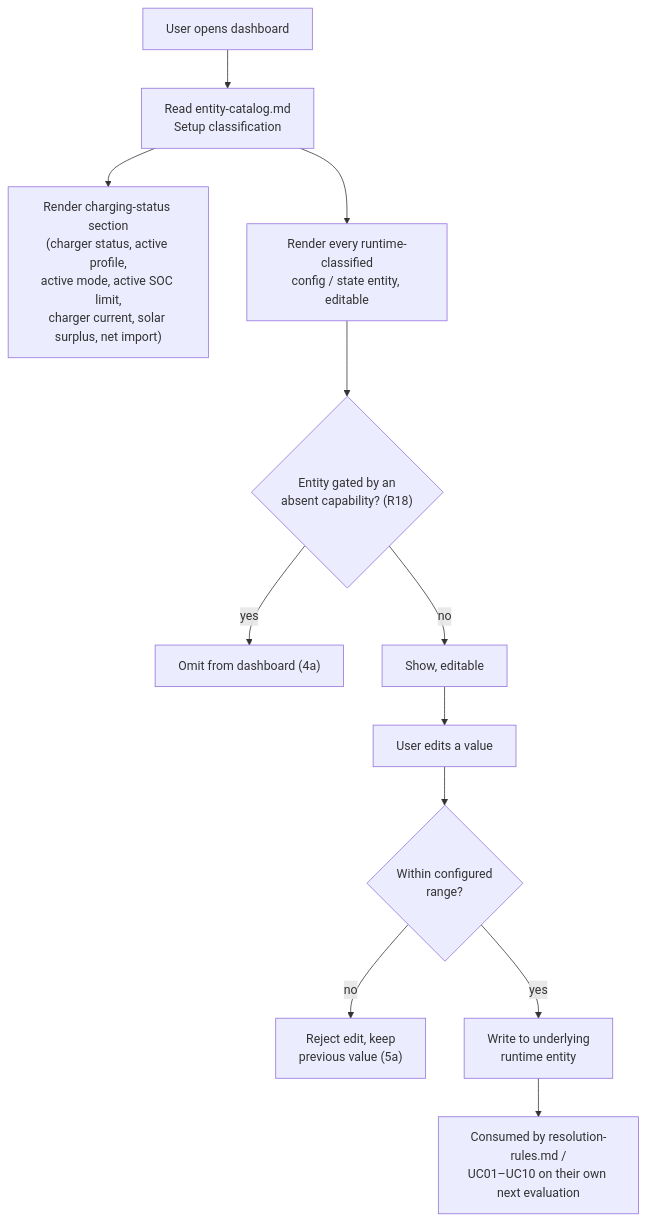
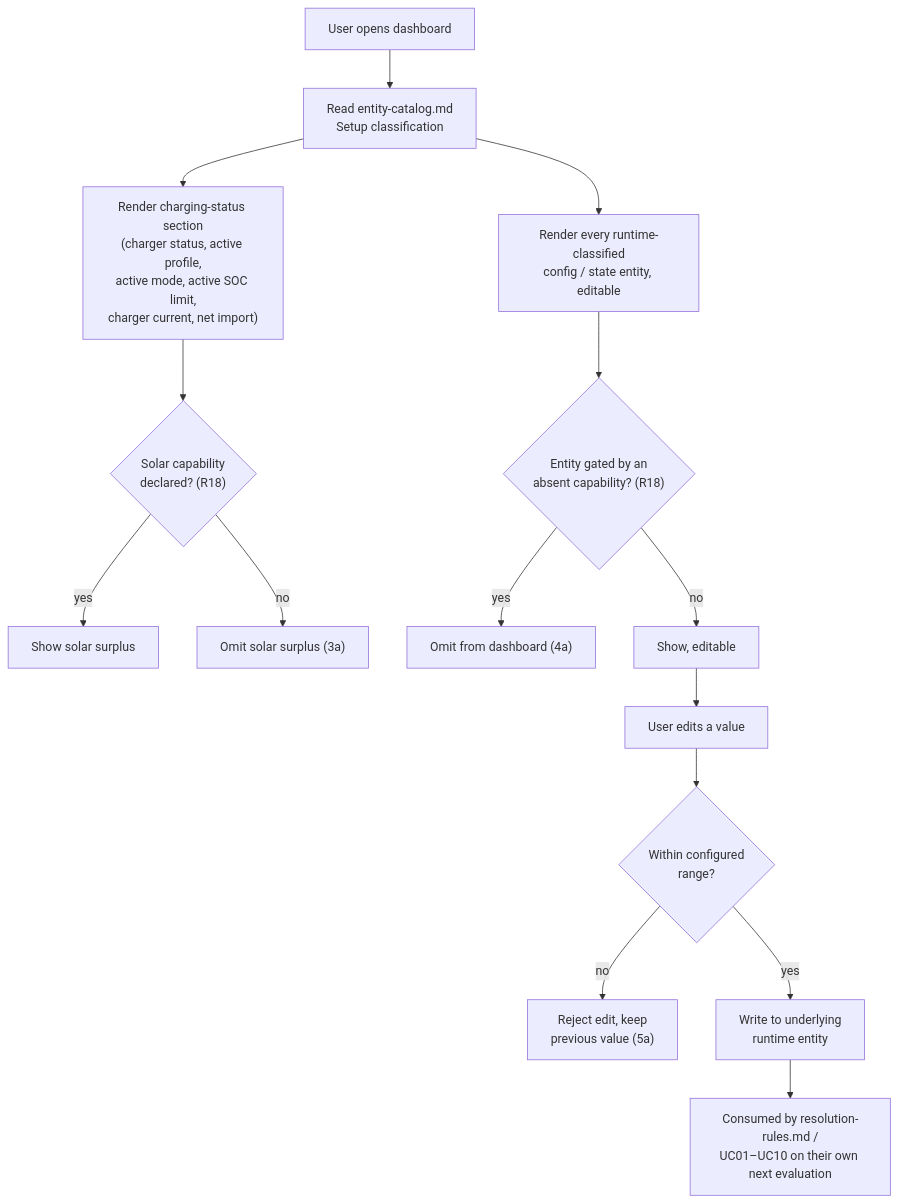
Before and after one commit to kristofdegrave/homeassistant-smart-charging: the diagram in docs/analysis/use-cases/UC11-monitor-and-manage-charging-configuration.md, drawn with Mermaid. The commit also changed other lines of this file and 2 other files, not shown here.

First line of the commit message:
docs: address analysis-reviewer findings on the solar-reserve reclassification

````diff
--- a/docs/analysis/use-cases/UC11-monitor-and-manage-charging-configuration.md
+++ b/docs/analysis/use-cases/UC11-monitor-and-manage-charging-configuration.md
@@ -133,14 +141,17 @@
 ```mermaid
 flowchart TD
     Open["User opens dashboard"] --> Catalog["Read entity-catalog.md<br/>Setup classification"]
-    Catalog --> Status["Render charging-status section<br/>(charger status, active profile,<br/>active mode, active SOC limit,<br/>charger current, solar surplus, net import)"]
+    Catalog --> Status["Render charging-status section<br/>(charger status, active profile,<br/>active mode, active SOC limit,<br/>charger current, net import)"]
+    Status --> SolarFilter{"Solar capability<br/>declared? (R18)"}
+    SolarFilter -- yes --> Surplus["Show solar surplus"]
+    SolarFilter -- no --> OmitSurplus["Omit solar surplus (3a)"]
     Catalog --> Runtime["Render every runtime-classified<br/>config / state entity, editable"]
     Runtime --> Filter{"Entity gated by an<br/>absent capability? (R18)"}
     Filter -- yes --> Omit["Omit from dashboard (4a)"]
     Filter -- no --> Show["Show, editable"]
     Show --> Edit["User edits a value"]
     Edit --> Validate{"Within configured<br/>range?"}
     Validate -- no --> Reject["Reject edit, keep<br/>previous value (5a)"]
     Validate -- yes --> Write["Write to underlying<br/>runtime entity"]
     Write --> Downstream["Consumed by resolution-rules.md /<br/>UC01–UC10 on their own next evaluation"]
 ```
````
